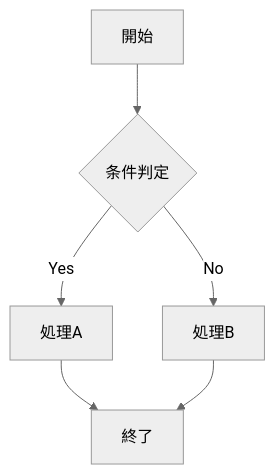
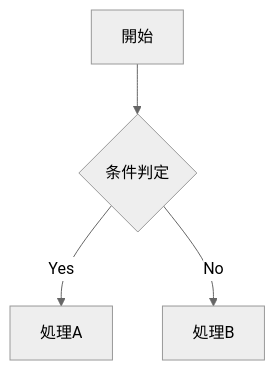
One commit to takemi-ohama/ai-plugins changed the first of 4 diagrams in plugins/ndf/skills/markdown-writing/SKILL.md. Above: the diagram before and after it, drawn with Mermaid (neutral theme). The commit also changed other lines of this file, not shown here.

````diff
--- a/plugins/ndf/skills/markdown-writing/SKILL.md
+++ b/plugins/ndf/skills/markdown-writing/SKILL.md
@@ -55,8 +30,6 @@
 ```mermaid
 graph TD
     A[開始] --> B{条件判定}
     B -->|Yes| C[処理A]
     B -->|No| D[処理B]
-    C --> E[終了]
-    D --> E
 ```
````
